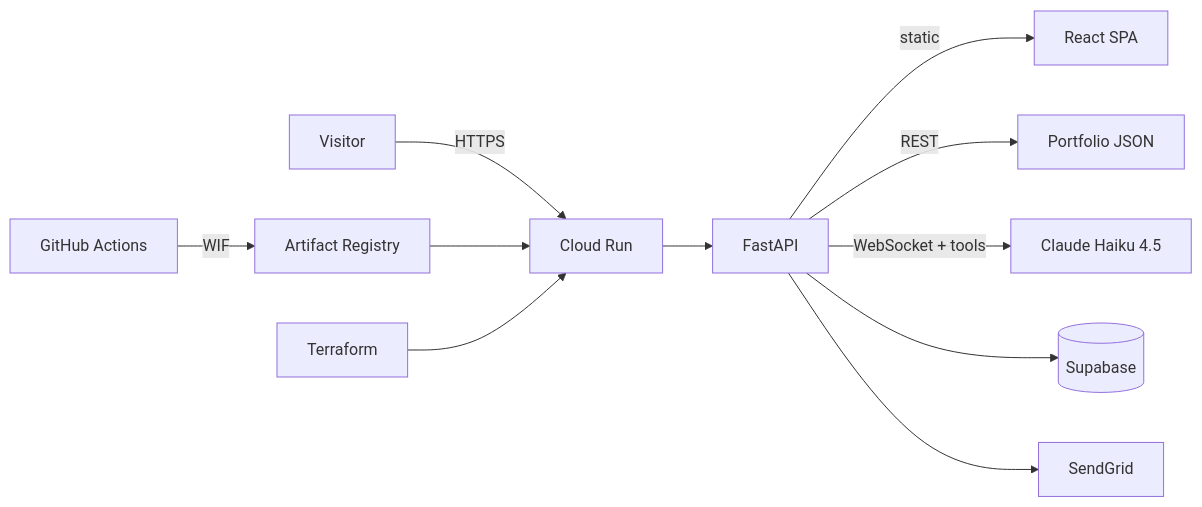
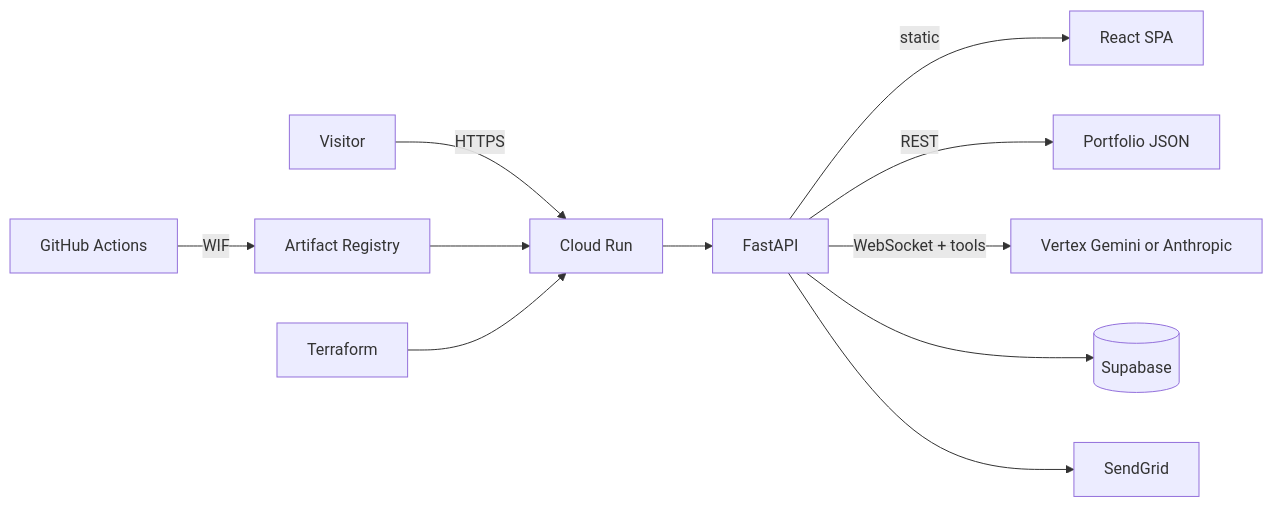
One commit to jckail/portfolio changed the diagram in README.md. Above: the diagram before and after it, drawn with Mermaid. The commit also changed other lines of this file and 13 other files, not shown here.

````diff
--- a/README.md
+++ b/README.md
@@ -136,13 +144,13 @@
 ```mermaid
 flowchart LR
   Visitor -->|HTTPS| CloudRun[Cloud Run]
   CloudRun --> FastAPI
   FastAPI -->|static| React[React SPA]
   FastAPI -->|REST| Content[Portfolio JSON]
-  FastAPI -->|WebSocket + tools| Claude[Claude Haiku 4.5]
+  FastAPI -->|WebSocket + tools| Model[Vertex Gemini or Anthropic]
   FastAPI --> Supabase[(Supabase)]
   FastAPI --> SendGrid[SendGrid]
   GH[GitHub Actions] -->|WIF| AR[Artifact Registry]
   AR --> CloudRun
   TF[Terraform] --> CloudRun
 ```
````
